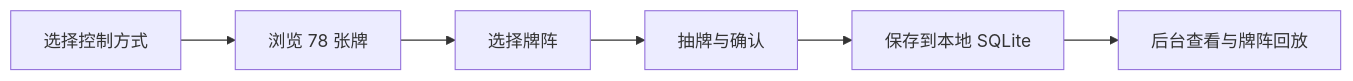
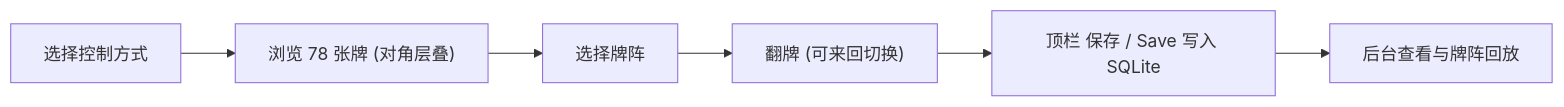
The diagram in README.md (ningning022/3D-tarot), drawn with Mermaid before and after one commit. The commit also changed other lines of this file and 4 other files, not shown here.

````diff
--- a/README.md
+++ b/README.md
@@ -19,8 +37,8 @@
 ```mermaid
 flowchart LR
-    A["选择控制方式"] --> B["浏览 78 张牌"]
+    A["选择控制方式"] --> B["浏览 78 张牌 (对角层叠)"]
     B --> C["选择牌阵"]
-    C --> D["抽牌与确认"]
-    D --> E["保存到本地 SQLite"]
+    C --> D["翻牌 (可来回切换)"]
+    D --> E["顶栏 保存 / Save 写入 SQLite"]
     E --> F["后台查看与牌阵回放"]
 ```
````
